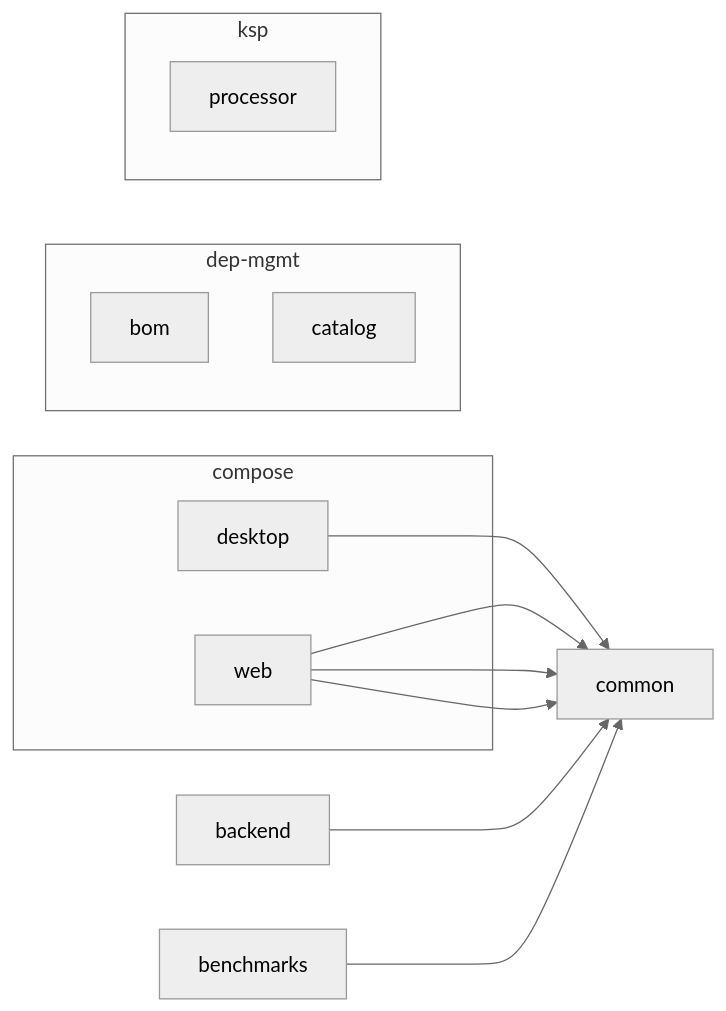
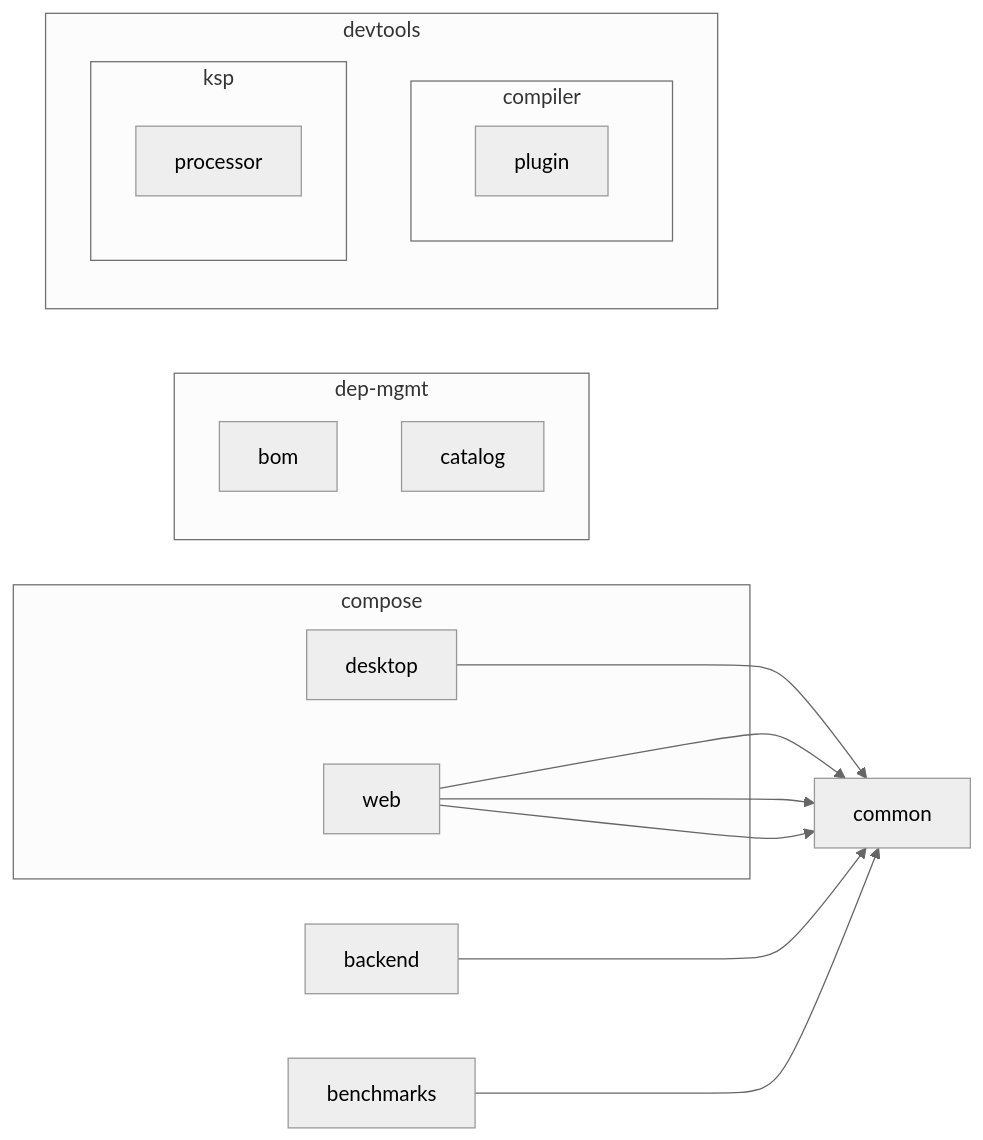
The diagram in README.md (sureshg/kotlin-mpp-playground), drawn with Mermaid before and after one commit. The commit also changed other lines of this file and 9 other files, not shown here.

````diff
--- a/README.md
+++ b/README.md
@@ -108,28 +108,37 @@
 ```mermaid
 %%{
   init: {
     'theme': 'neutral'
   }
 }%%
 
 graph LR
 
   subgraph compose
     desktop
     web
   end
   subgraph dep-mgmt
     bom
     catalog
   end
+  subgraph devtools
+    compiler
+    ksp
+  end
+  subgraph compiler
+    compiler
+    plugin
+  end
   subgraph ksp
+    ksp
     processor
   end
   web --> common
   web --> common
   desktop --> common
   backend --> common
   web --> common
   benchmarks --> common
 
 ```
````
